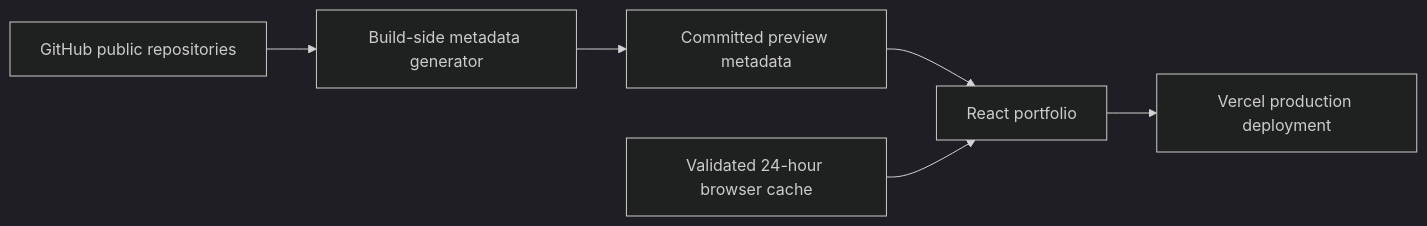
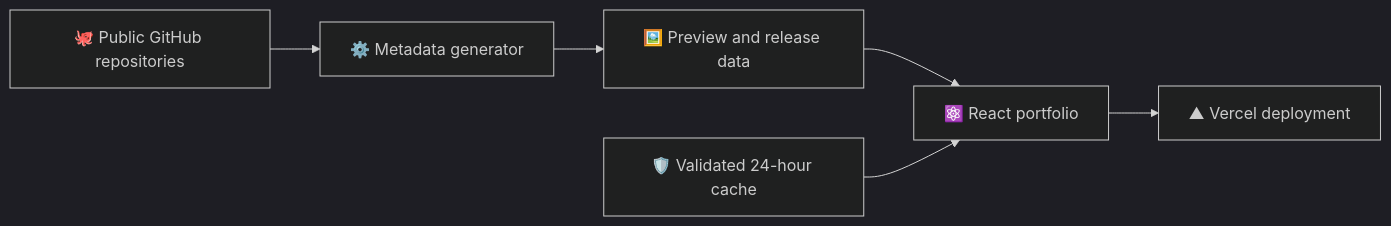
The diagram in README.md (MacroMaster101/kavisha_portfolio-V2), drawn with Mermaid (dark theme) before and after one commit. The commit also changed other lines of this file and 15 other files, not shown here.

````diff
--- a/README.md
+++ b/README.md
@@ -69,8 +72,8 @@
 ```mermaid
 flowchart LR
-    A[GitHub public repositories] --> B[Build-side metadata generator]
-    B --> C[Committed preview metadata]
-    C --> D[React portfolio]
-    E[Validated 24-hour browser cache] --> D
-    D --> F[Vercel production deployment]
+    A[🐙 Public GitHub repositories] --> B[⚙️ Metadata generator]
+    B --> C[🖼️ Preview and release data]
+    C --> D[⚛️ React portfolio]
+    E[🛡️ Validated 24-hour cache] --> D
+    D --> F[▲ Vercel deployment]
 ```
````
